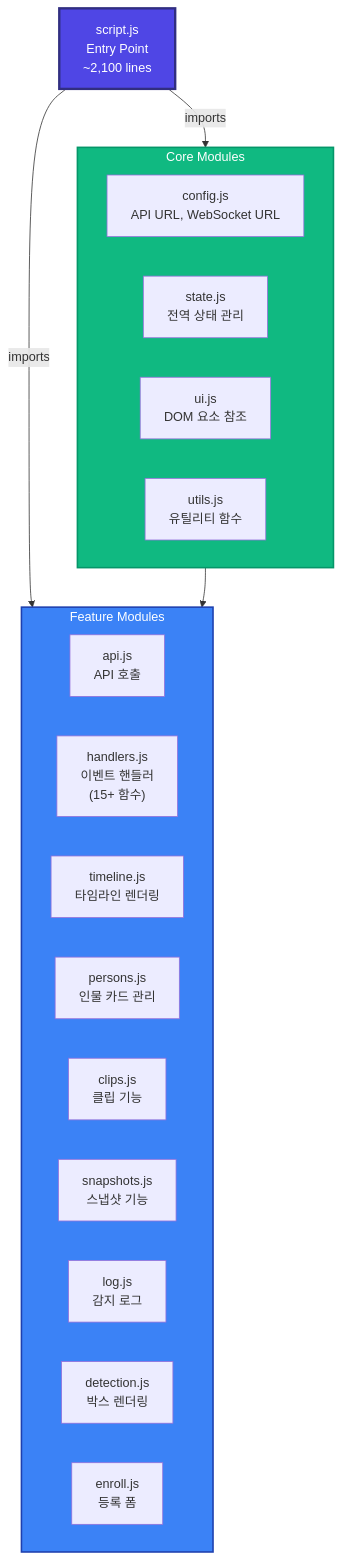
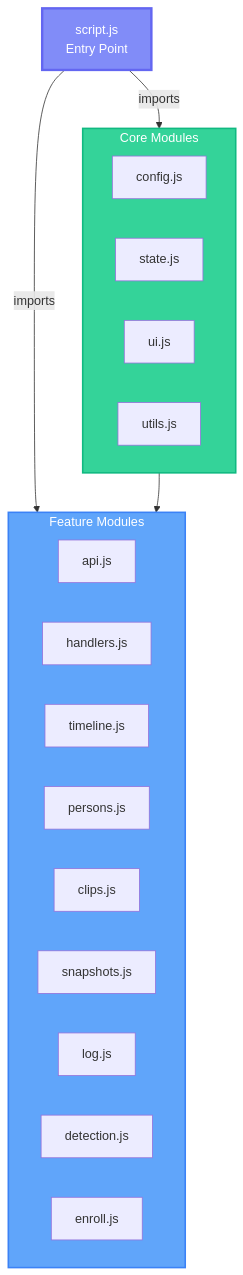
The third of 11 diagrams in PROJECT_PLAN.md (jongwoo108/EyeSis), drawn with Mermaid before and after one commit. The commit also changed other lines of this file, not shown here.

````diff
--- a/PROJECT_PLAN.md
+++ b/PROJECT_PLAN.md
@@ -119,31 +89,31 @@
 ```mermaid
 graph TD
-    Entry["script.js<br/>Entry Point<br/>~2,100 lines"]
+    Entry["script.js<br/>Entry Point"]
     
     subgraph CoreModules["Core Modules"]
-        Config["config.js<br/>API URL, WebSocket URL"]
-        State["state.js<br/>전역 상태 관리"]
-        UI["ui.js<br/>DOM 요소 참조"]
-        Utils["utils.js<br/>유틸리티 함수"]
+        Config["config.js"]
+        State["state.js"]
+        UI["ui.js"]
+        Utils["utils.js"]
     end
     
     subgraph FeatureModules["Feature Modules"]
-        API["api.js<br/>API 호출"]
-        Handlers["handlers.js<br/>이벤트 핸들러<br/>(15+ 함수)"]
-        Timeline["timeline.js<br/>타임라인 렌더링"]
-        Persons["persons.js<br/>인물 카드 관리"]
-        Clips["clips.js<br/>클립 기능"]
-        Snapshots["snapshots.js<br/>스냅샷 기능"]
-        Log["log.js<br/>감지 로그"]
-        Detection["detection.js<br/>박스 렌더링"]
-        Enroll["enroll.js<br/>등록 폼"]
+        API["api.js"]
+        Handlers["handlers.js"]
+        Timeline["timeline.js"]
+        Persons["persons.js"]
+        Clips["clips.js"]
+        Snapshots["snapshots.js"]
+        Log["log.js"]
+        Detection["detection.js"]
+        Enroll["enroll.js"]
     end
     
     Entry -->|imports| CoreModules
     Entry -->|imports| FeatureModules
     CoreModules --> FeatureModules
     
-    style Entry fill:#4F46E5,stroke:#312E81,stroke-width:3px,color:#fff
-    style CoreModules fill:#10B981,stroke:#059669,stroke-width:2px,color:#fff
-    style FeatureModules fill:#3B82F6,stroke:#1E40AF,stroke-width:2px,color:#fff
+    style Entry fill:#818CF8,stroke:#6366F1,stroke-width:3px,color:#fff
+    style CoreModules fill:#34D399,stroke:#10B981,stroke-width:2px,color:#fff
+    style FeatureModules fill:#60A5FA,stroke:#3B82F6,stroke-width:2px,color:#fff
 ```
````
